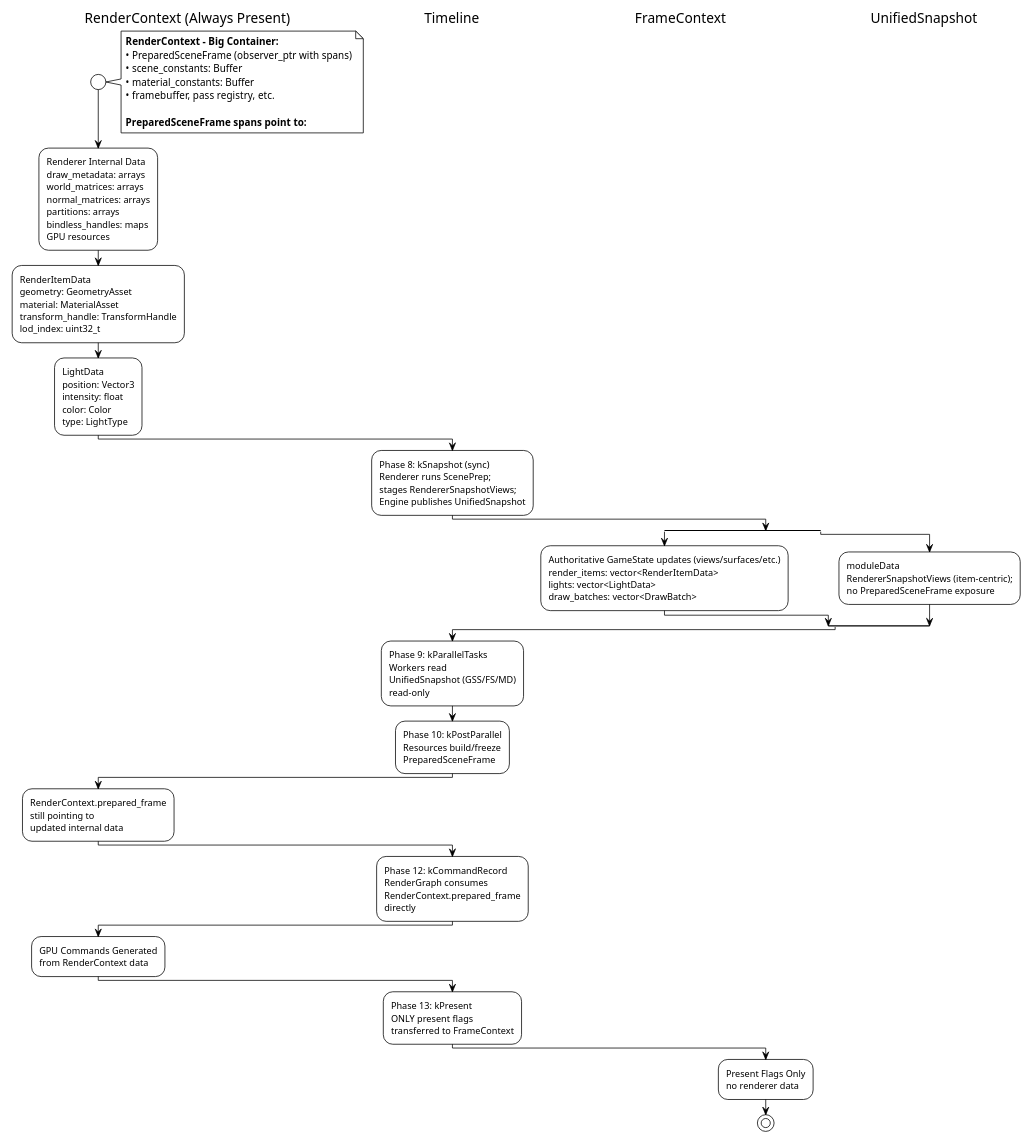
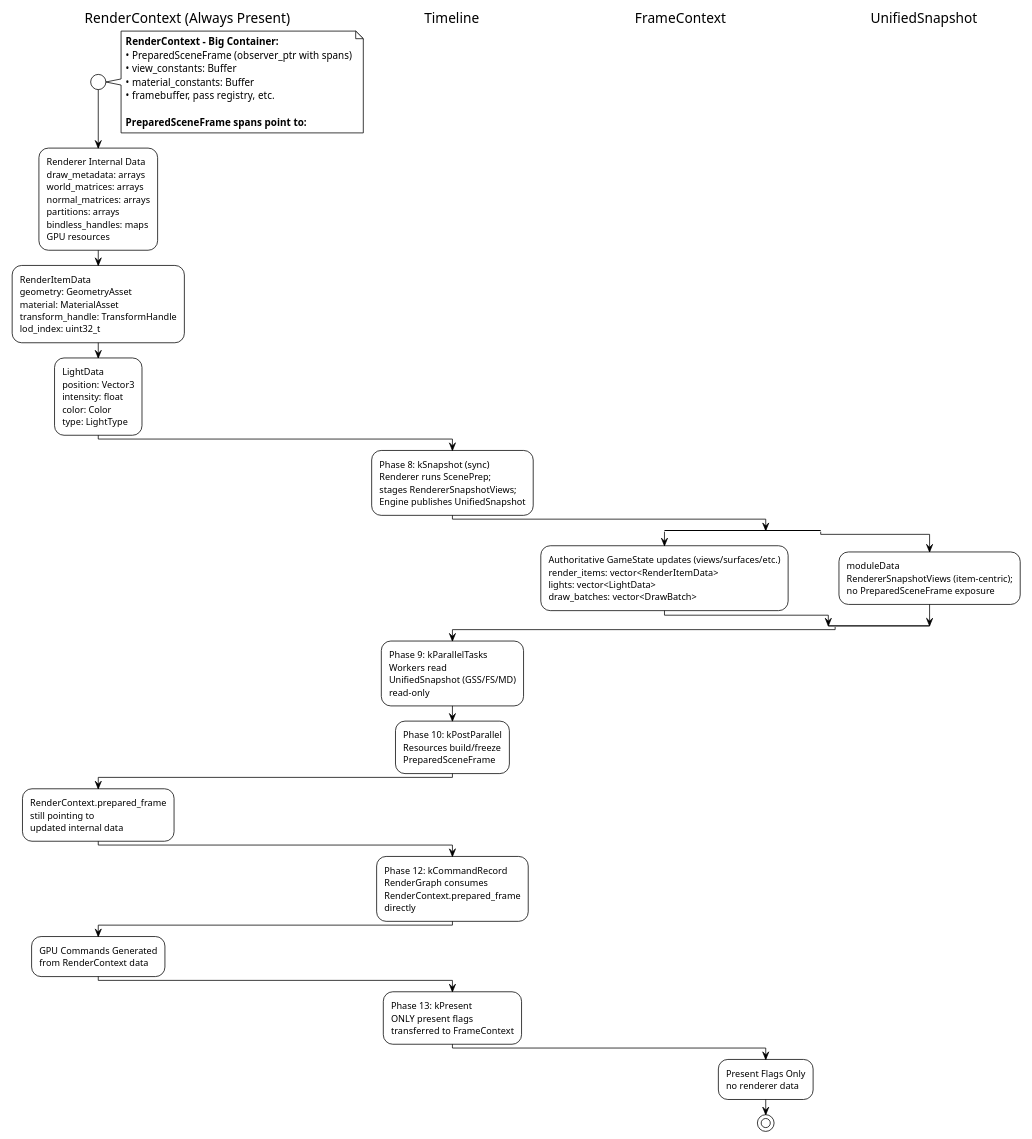
The second of 8 diagrams in projects/Oxygen.Engine/src/Oxygen/Renderer/new_design.md (abdes/DroidNet), drawn with PlantUML before and after one commit. The commit also changed other lines of this file and 77 other files, not shown here.

First line of the commit message:
refactor(rndr): replace SceneConstants with ViewConstants

````diff
--- a/projects/Oxygen.Engine/src/Oxygen/Renderer/new_design.md
+++ b/projects/Oxygen.Engine/src/Oxygen/Renderer/new_design.md
@@ -571,61 +571,61 @@
 ```plantuml
 @startuml
 !theme plain
 skinparam backgroundColor white
 skinparam swimlaneBorderColor transparent
 skinparam swimlaneTitleBackgroundColor transparent
 
 |RenderContext (Always Present)|
 start
 note right
 **RenderContext - Big Container:**
 • PreparedSceneFrame (observer_ptr with spans)
-• scene_constants: Buffer
+• view_constants: Buffer
 • material_constants: Buffer
 • framebuffer, pass registry, etc.
 
 **PreparedSceneFrame spans point to:**
 end note
 
 :Renderer Internal Data\ndraw_metadata: arrays\nworld_matrices: arrays\nnormal_matrices: arrays\npartitions: arrays\nbindless_handles: maps\nGPU resources;
 
 :RenderItemData\ngeometry: GeometryAsset\nmaterial: MaterialAsset\ntransform_handle: TransformHandle\nlod_index: uint32_t;
 
 :LightData\nposition: Vector3\nintensity: float\ncolor: Color\ntype: LightType;
 
 |Timeline|
 :Phase 8: kSnapshot (sync)\nRenderer runs ScenePrep;\nstages RendererSnapshotViews;\nEngine publishes UnifiedSnapshot;
 
 split
    |FrameContext|
   :Authoritative GameState updates (views/surfaces/etc.)\nrender_items: vector<RenderItemData>\nlights: vector<LightData>\ndraw_batches: vector<DrawBatch>;
 split again
   |UnifiedSnapshot|
   :moduleData\nRendererSnapshotViews (item-centric);\nno PreparedSceneFrame exposure;
 end split
 
 |Timeline|
 :Phase 9: kParallelTasks\nWorkers read\nUnifiedSnapshot (GSS/FS/MD)\nread-only;
 
 |Timeline|
 :Phase 10: kPostParallel\nResources build/freeze\nPreparedSceneFrame;
 
 |RenderContext (Always Present)|
 :RenderContext.prepared_frame\nstill pointing to\nupdated internal data;
 
 |Timeline|
 :Phase 12: kCommandRecord\nRenderGraph consumes\nRenderContext.prepared_frame\ndirectly;
 
 |RenderContext (Always Present)|
 :GPU Commands Generated\nfrom RenderContext data;
 
 |Timeline|
 :Phase 13: kPresent\nONLY present flags\ntransferred to FrameContext;
 
 |FrameContext|
 :Present Flags Only\nno renderer data;
 
 stop
 
 @enduml
 ```
````
